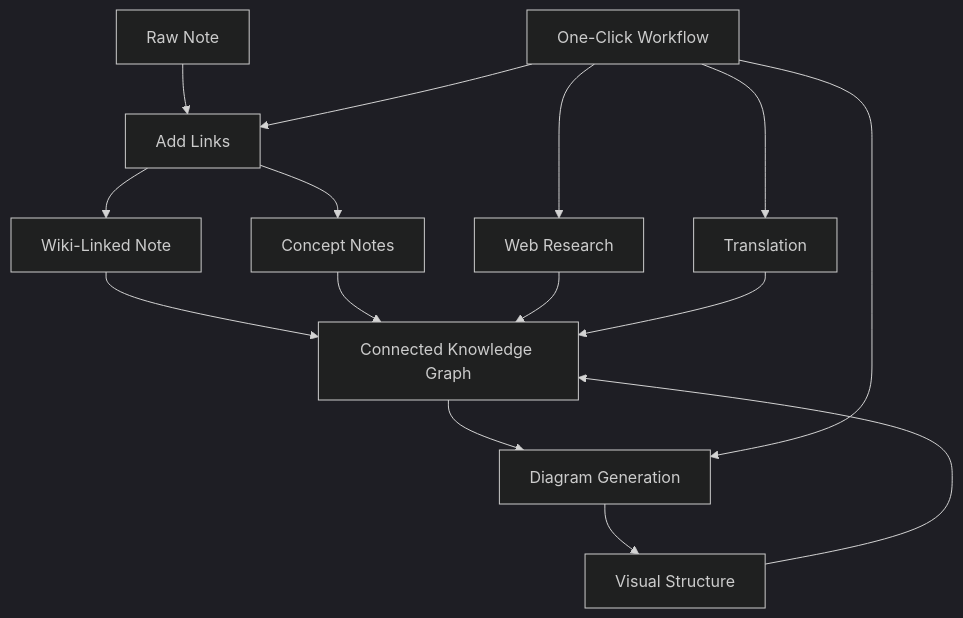
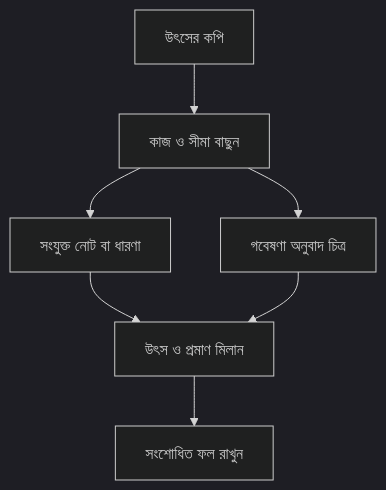
One commit to Jacobinwwey/obsidian-NotEMD changed the diagram in website/i18n/bn/docusaurus-plugin-content-docs/current/pillar-ai-knowledge.mdx. Above: the diagram before and after it, drawn with Mermaid (dark theme). The commit also changed other lines of this file and 1032 other files, not shown here.

````diff
--- a/website/i18n/bn/docusaurus-plugin-content-docs/current/pillar-ai-knowledge.mdx
+++ b/website/i18n/bn/docusaurus-plugin-content-docs/current/pillar-ai-knowledge.mdx
@@ -42,17 +25,9 @@
 ```mermaid
-graph TD
-    A[Raw Note] --> B[Add Links]
-    B --> C[Wiki-Linked Note]
-    B --> D[Concept Notes]
-    C --> E[Connected Knowledge Graph]
+flowchart TD
+    A[উৎসের কপি] --> B[কাজ ও সীমা বাছুন]
+    B --> C[সংযুক্ত নোট বা ধারণা]
+    B --> D[গবেষণা অনুবাদ চিত্র]
+    C --> E[উৎস ও প্রমাণ মিলান]
     D --> E
-    F[Web Research] --> E
-    G[Translation] --> E
-    H[Diagram Generation] --> I[Visual Structure]
-    E --> H
-    I --> E
-    J[One-Click Workflow] --> B
-    J --> F
-    J --> G
-    J --> H
+    E --> F[সংশোধিত ফল রাখুন]
 ```
````
